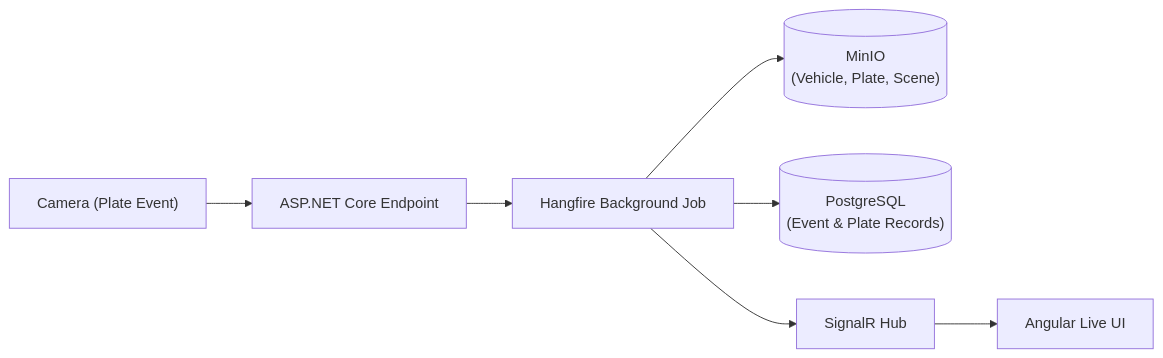
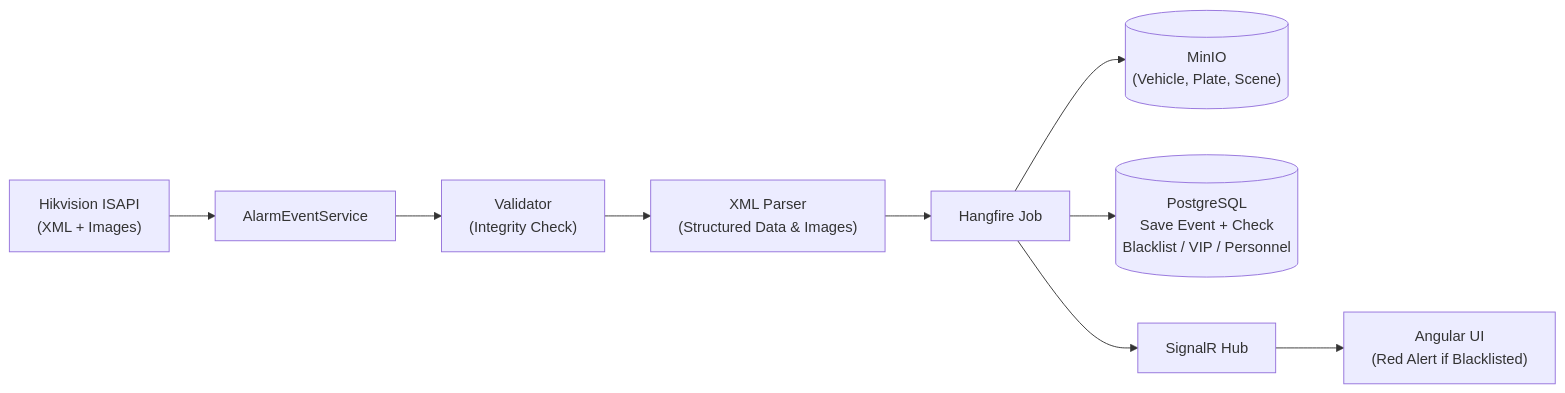
The diagram in docs/alarm-event-pipeline.md (mehmetc44/plaka-goz), drawn with Mermaid before and after one commit. The commit also changed other lines of this file and 8 other files, not shown here.

````diff
--- a/docs/alarm-event-pipeline.md
+++ b/docs/alarm-event-pipeline.md
@@ -5,9 +5,11 @@
 ```mermaid
 flowchart LR
-    E["Camera (Plate Event)"] --> F["ASP.NET Core Endpoint"]
-    F --> G["Hangfire Background Job"]
+    E["Hikvision ISAPI\n(XML + Images)"] --> F["AlarmEventService"]
+    F --> V["Validator\n(Integrity Check)"]
+    V --> P["XML Parser\n(Structured Data & Images)"]
+    P --> G["Hangfire Job"]
     G --> H[("MinIO\n(Vehicle, Plate, Scene)")]
-    G --> I[("PostgreSQL\n(Event & Plate Records)")]
+    G --> I[("PostgreSQL\nSave Event + Check\nBlacklist / VIP / Personnel")]
     G --> J["SignalR Hub"]
-    J --> K["Angular Live UI"]
+    J --> K["Angular UI\n(Red Alert if Blacklisted)"]
 ```
````
